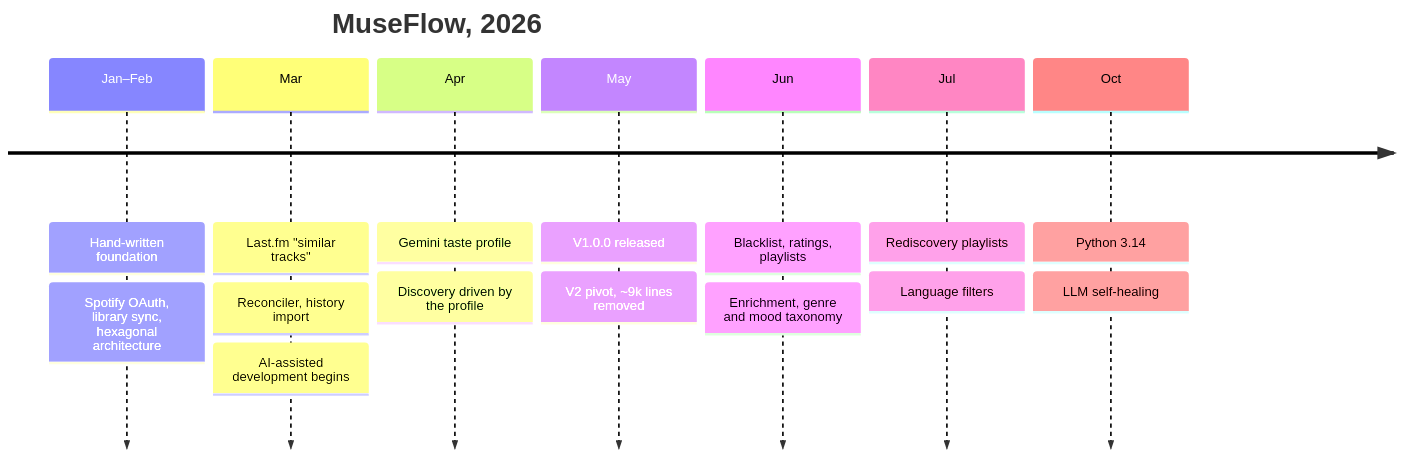
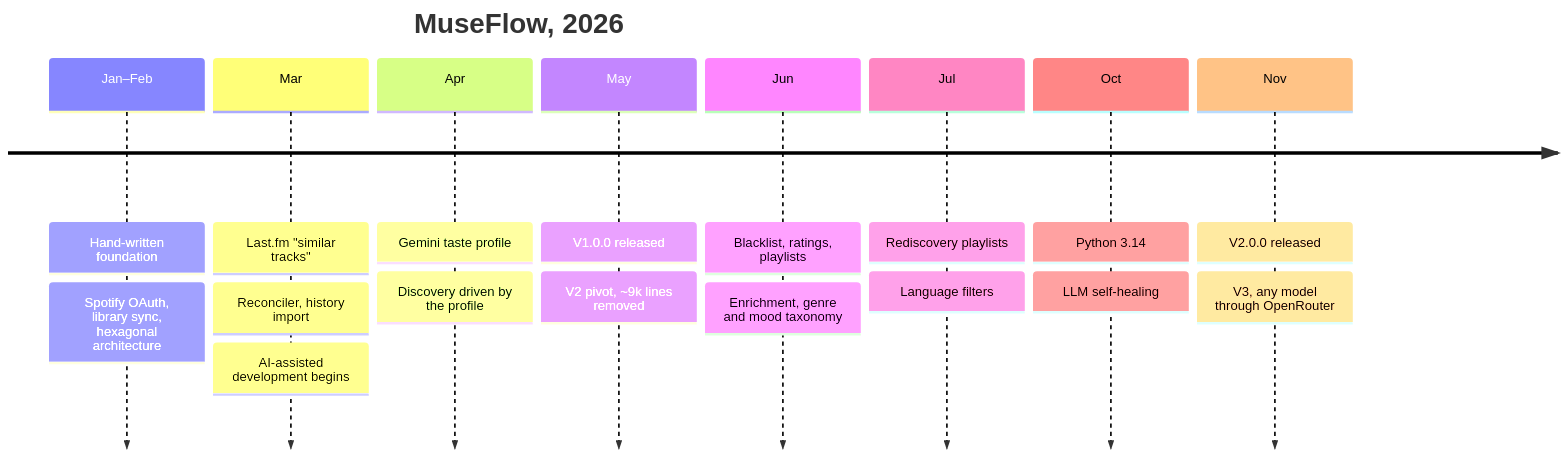
One commit to ychab/museflow changed the first of 2 diagrams in docs/product/pivot.md. Above: the diagram before and after it, drawn with Mermaid. The commit also changed other lines of this file and 3 other files, not shown here.

First line of the commit message:
docs: explain why V3 moves to any model through OpenRouter

````diff
--- a/docs/product/pivot.md
+++ b/docs/product/pivot.md
@@ -8,11 +8,12 @@
 ```mermaid
 timeline
     title MuseFlow, 2026
     Jan–Feb : Hand-written foundation : Spotify OAuth, library sync, hexagonal architecture
     Mar : Last.fm "similar tracks" : Reconciler, history import : AI-assisted development begins
     Apr : Gemini taste profile : Discovery driven by the profile
     May : V1.0.0 released : V2 pivot, ~9k lines removed
     Jun : Blacklist, ratings, playlists : Enrichment, genre and mood taxonomy
     Jul : Rediscovery playlists : Language filters
     Oct : Python 3.14 : LLM self-healing
+    Nov : V2.0.0 released : V3, any model through OpenRouter
 ```
````
